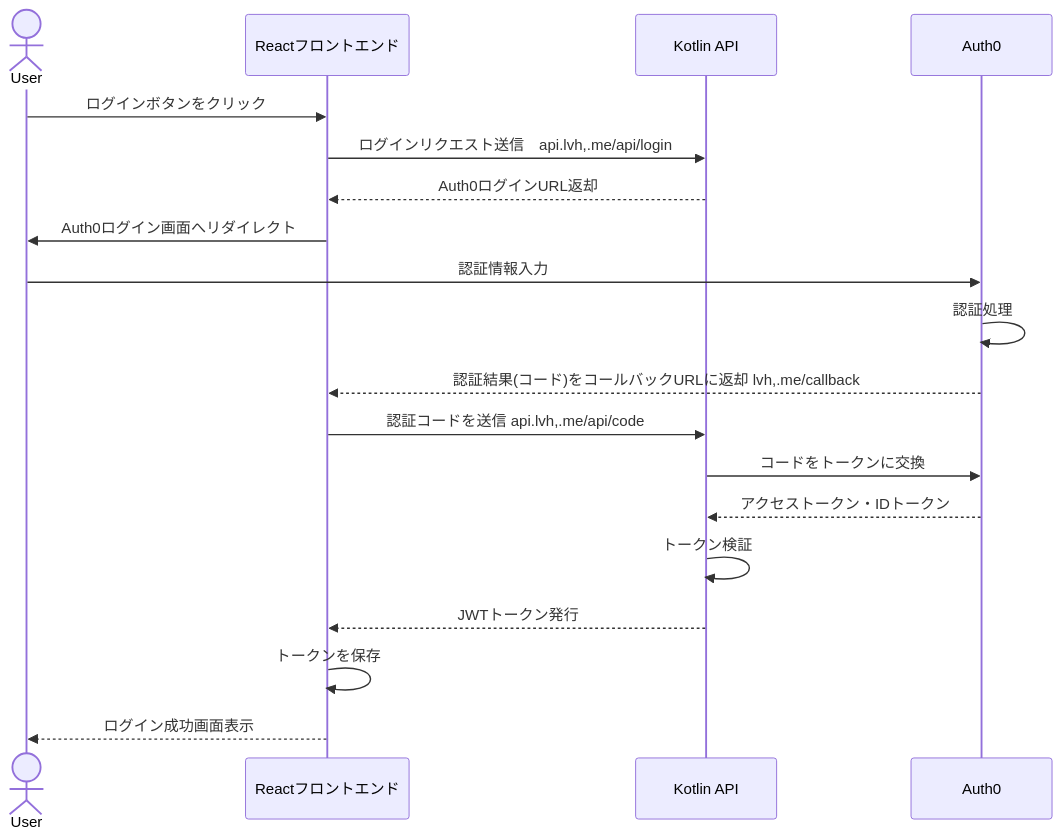
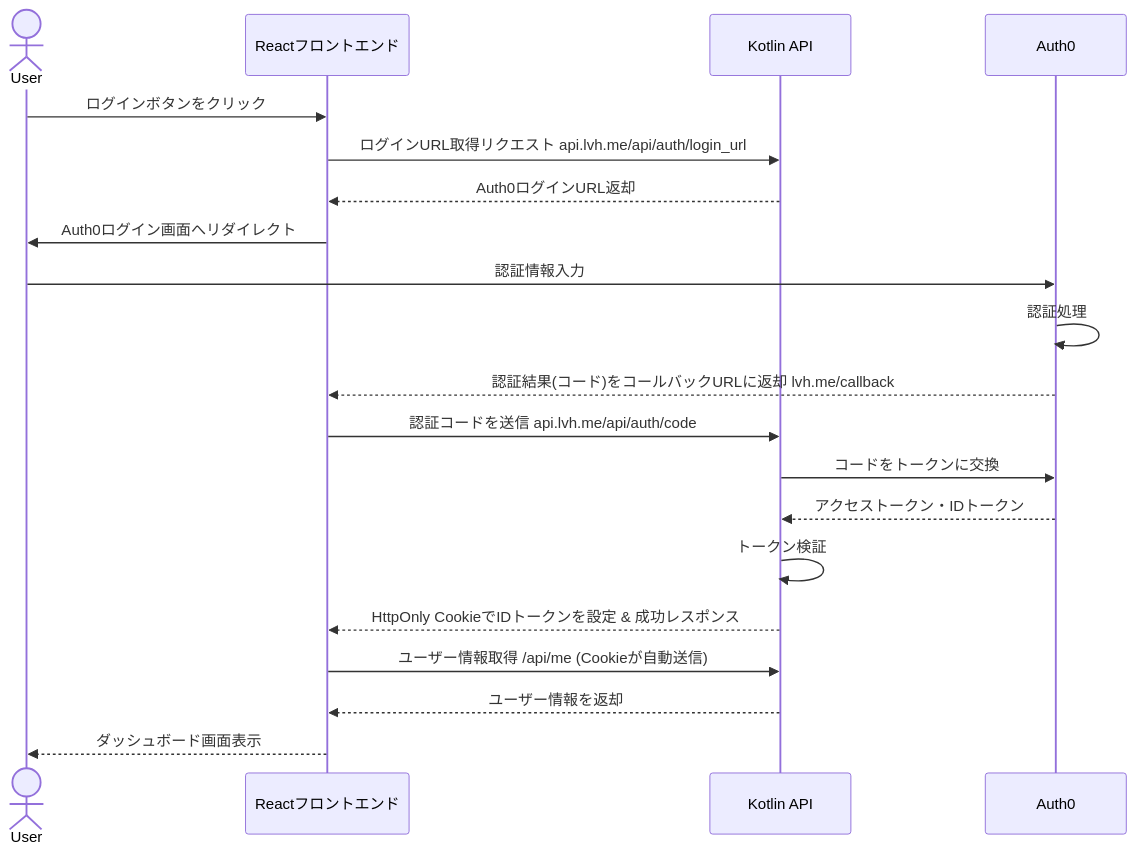
One commit to banananbo/site5 changed the first of 2 diagrams in docs/auth0-login-flow.md. Above: the diagram before and after it, drawn with Mermaid. The commit also changed other lines of this file and 5 other files, not shown here.

Commit message:
Add user model, repository, and service for user management; update AuthController for logout flow and enhance security with id_token handling in cookies.

````diff
--- a/docs/auth0-login-flow.md
+++ b/docs/auth0-login-flow.md
@@ -17,22 +17,23 @@
 ```mermaid
 sequenceDiagram
     actor User
     participant React as Reactフロントエンド
     participant API as Kotlin API
     participant Auth0
     
     User->>React: ログインボタンをクリック
-    React->>API: ログインリクエスト送信　api.lvh,.me/api/login
+    React->>API: ログインURL取得リクエスト api.lvh.me/api/auth/login_url
     API-->>React: Auth0ログインURL返却
     React->>User: Auth0ログイン画面へリダイレクト
     User->>Auth0: 認証情報入力
     Auth0->>Auth0: 認証処理
-    Auth0-->>React: 認証結果(コード)をコールバックURLに返却 lvh,.me/callback
-    React->>API: 認証コードを送信 api.lvh,.me/api/code
+    Auth0-->>React: 認証結果(コード)をコールバックURLに返却 lvh.me/callback
+    React->>API: 認証コードを送信 api.lvh.me/api/auth/code
     API->>Auth0: コードをトークンに交換
     Auth0-->>API: アクセストークン・IDトークン
     API->>API: トークン検証
-    API-->>React: JWTトークン発行
-    React->>React: トークンを保存
-    React-->>User: ログイン成功画面表示
+    API-->>React: HttpOnly CookieでIDトークンを設定 & 成功レスポンス
+    React->>API: ユーザー情報取得 /api/me (Cookieが自動送信)
+    API-->>React: ユーザー情報を返却
+    React-->>User: ダッシュボード画面表示
 ```
````
